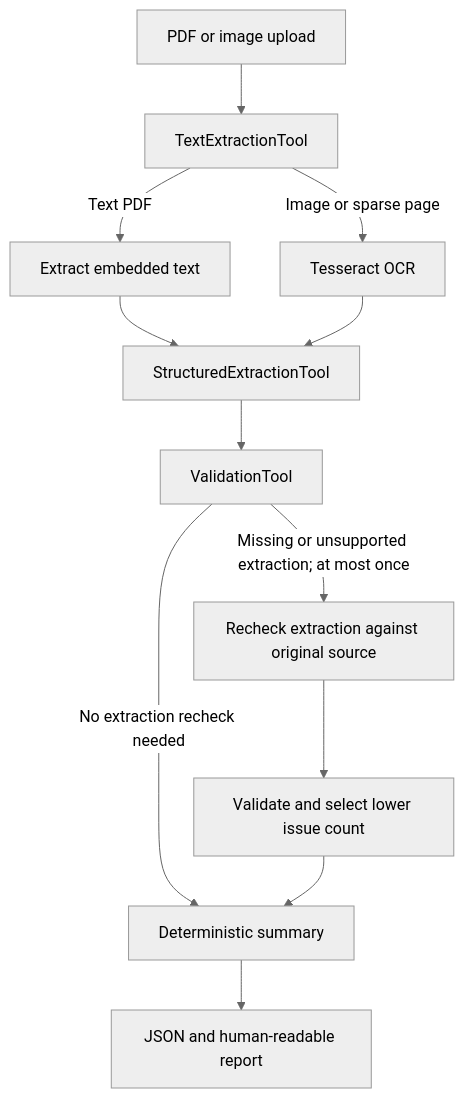
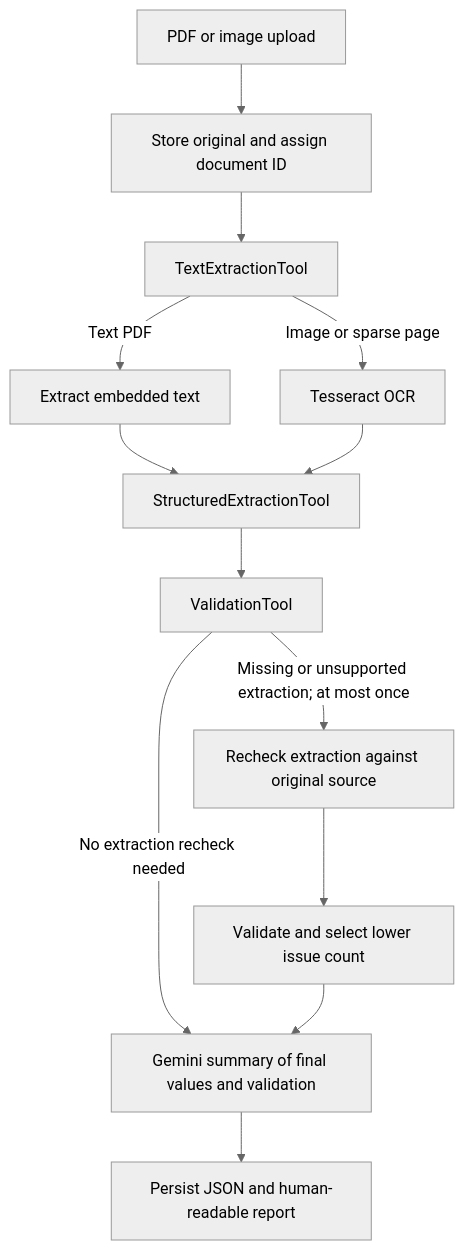
The diagram in README.md (chenming7777/document-intelligence-agent), drawn with Mermaid (neutral theme) before and after one commit. The commit also changed other lines of this file and 22 other files, not shown here.

````diff
--- a/README.md
+++ b/README.md
@@ -97,14 +123,15 @@
 ```mermaid
 flowchart TD
-    A[PDF or image upload] --> B[TextExtractionTool]
+    A[PDF or image upload] --> S[Store original and assign document ID]
+    S --> B[TextExtractionTool]
     B -->|Text PDF| C[Extract embedded text]
     B -->|Image or sparse page| D[Tesseract OCR]
     C --> E[StructuredExtractionTool]
     D --> E
     E --> F[ValidationTool]
     F -->|Missing or unsupported extraction; at most once| G[Recheck extraction against original source]
     G --> H[Validate and select lower issue count]
-    F -->|No extraction recheck needed| I[Deterministic summary]
+    F -->|No extraction recheck needed| I[Gemini summary of final values and validation]
     H --> I
-    I --> J[JSON and human-readable report]
+    I --> J[Persist JSON and human-readable report]
 ```
````
